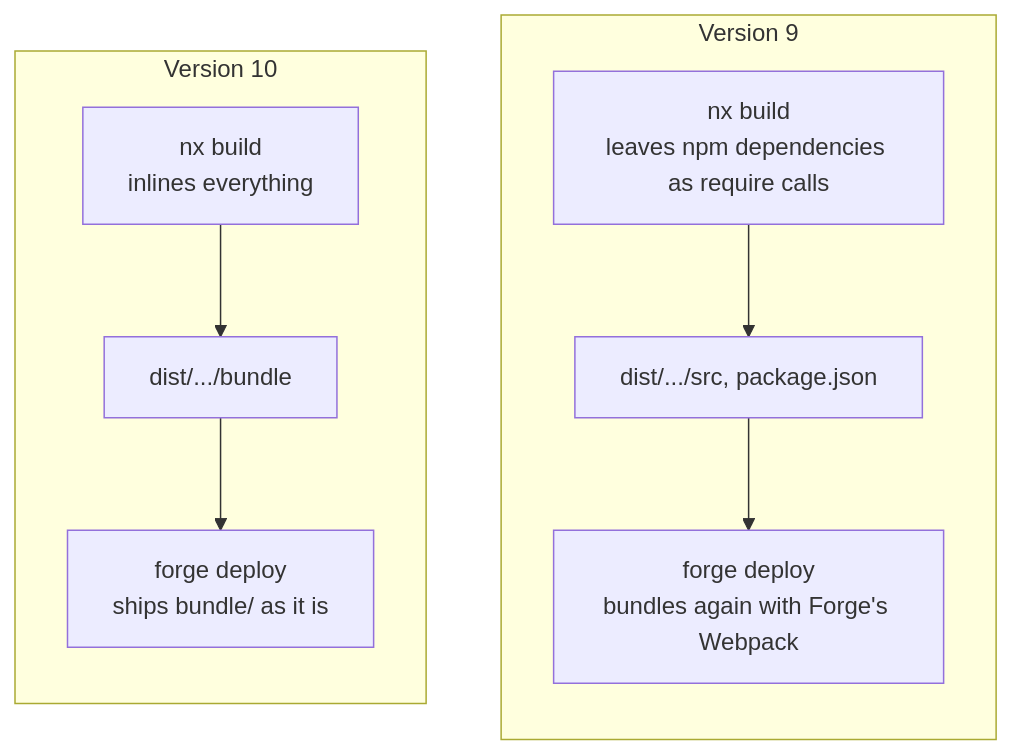
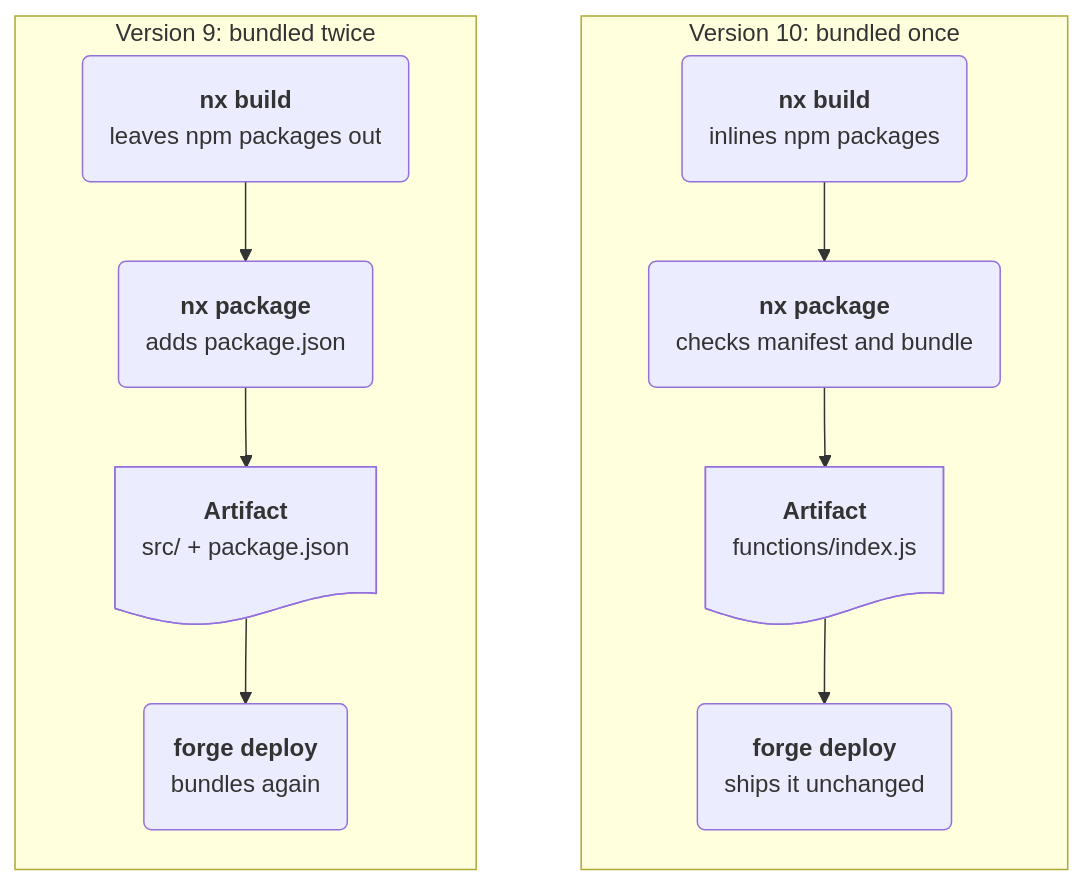
One commit to toolsplus/nx-forge changed the diagram in docs/guides/upgrading-to-v10.md. Above: the diagram before and after it, drawn with Mermaid. The commit also changed other lines of this file and 58 other files, not shown here.

````diff
--- a/docs/guides/upgrading-to-v10.md
+++ b/docs/guides/upgrading-to-v10.md
@@ -11,13 +11,32 @@
 ```mermaid
+---
+config:
+  flowchart:
+    rankSpacing: 28
+    nodeSpacing: 70
+    padding: 18
+---
 flowchart TB
-  subgraph v9["Version 9"]
+  subgraph v10["Version 10: bundled once"]
     direction TB
-    A1["nx build<br/>leaves npm dependencies as require calls"] --> A2["dist/.../src, package.json"]
-    A2 --> A3["forge deploy<br/>bundles again with Forge's Webpack"]
+    b1("`**nx build**
+    inlines npm packages`") --> b2("`**nx package**
+    checks manifest and bundle`") --> b3["`**Artifact**
+    functions/index.js`"] --> b4("`**forge deploy**
+    ships it unchanged`")
   end
-  subgraph v10["Version 10"]
+  subgraph v9["Version 9: bundled twice"]
     direction TB
-    B1["nx build<br/>inlines everything"] --> B2["dist/.../bundle"]
-    B2 --> B3["forge deploy<br/>ships bundle/ as it is"]
+    a1("`**nx build**
+    leaves npm packages out`") --> a2("`**nx package**
+    adds package.json`") --> a3["`**Artifact**
+    src/ + package.json`"] --> a4("`**forge deploy**
+    bundles again`")
   end
+  a3@{ shape: doc }
+  b3@{ shape: doc }
+  class a1,a2,b1,b2 nx
+  class a4 warn
+  class b4 forge
+  class a3,b3 file
 ```
````
